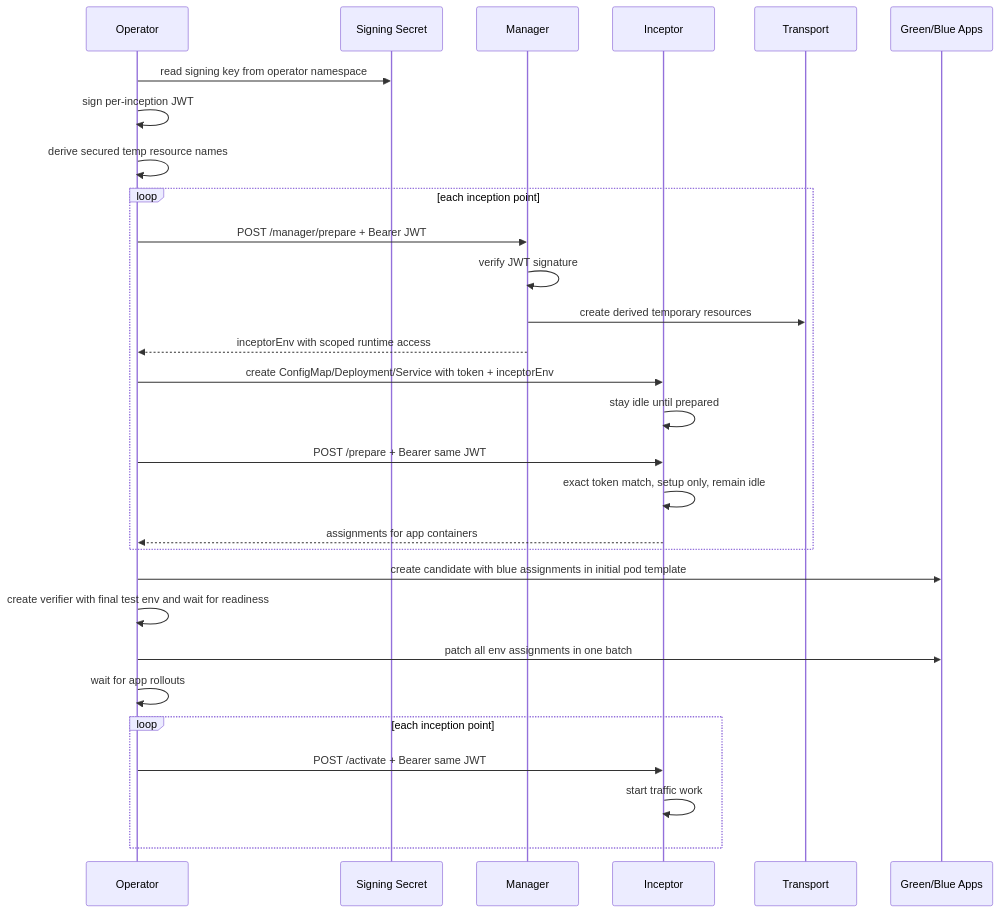
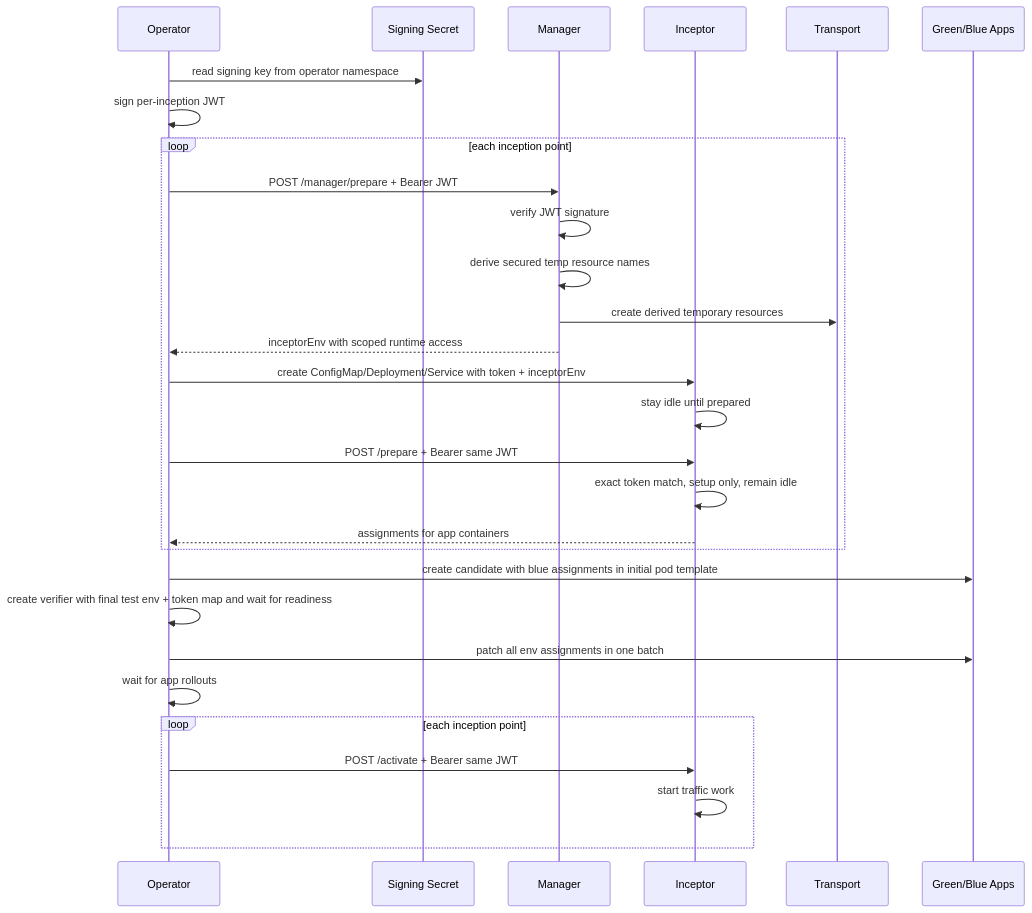
One commit to dlahmad/fluidbgoperator changed the third of 6 diagrams in docs/reference/plugin-architecture.md. Above: the diagram before and after it, drawn with Mermaid. The commit also changed other lines of this file and 50 other files, not shown here.

````diff
--- a/docs/reference/plugin-architecture.md
+++ b/docs/reference/plugin-architecture.md
@@ -124,32 +130,32 @@
 ```mermaid
 sequenceDiagram
     participant O as Operator
     participant K as Signing Secret
     participant M as Manager
     participant I as Inceptor
     participant T as Transport
     participant A as Green/Blue Apps
 
     O->>K: read signing key from operator namespace
     O->>O: sign per-inception JWT
-    O->>O: derive secured temp resource names
     loop each inception point
         O->>M: POST /manager/prepare + Bearer JWT
         M->>M: verify JWT signature
+        M->>M: derive secured temp resource names
         M->>T: create derived temporary resources
         M-->>O: inceptorEnv with scoped runtime access
         O->>I: create ConfigMap/Deployment/Service with token + inceptorEnv
         I->>I: stay idle until prepared
         O->>I: POST /prepare + Bearer same JWT
         I->>I: exact token match, setup only, remain idle
         I-->>O: assignments for app containers
     end
     O->>A: create candidate with blue assignments in initial pod template
-    O->>O: create verifier with final test env and wait for readiness
+    O->>O: create verifier with final test env + token map and wait for readiness
     O->>A: patch all env assignments in one batch
     O->>O: wait for app rollouts
     loop each inception point
         O->>I: POST /activate + Bearer same JWT
         I->>I: start traffic work
     end
 ```
````
